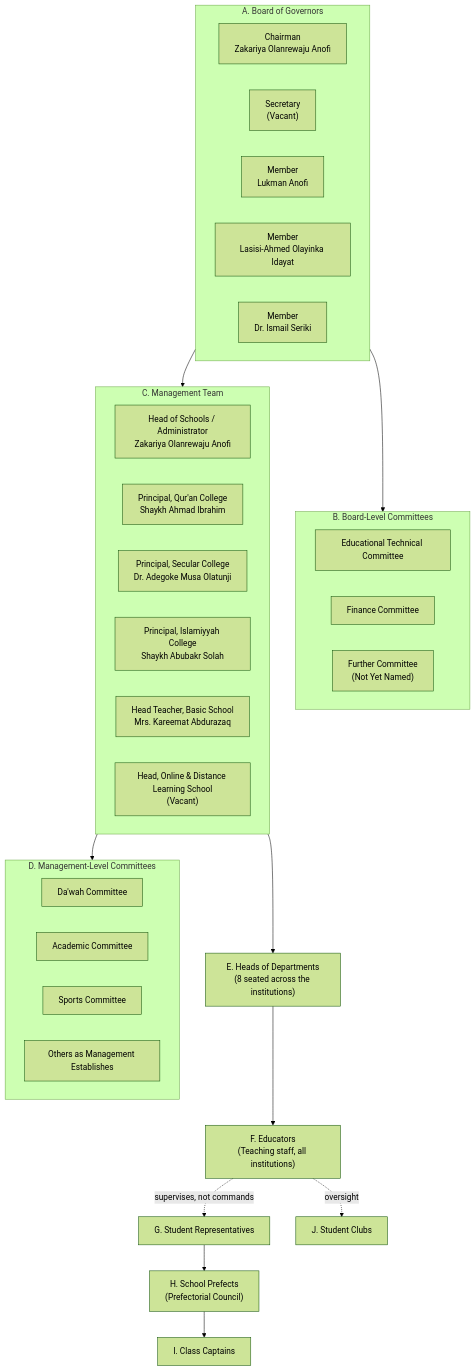
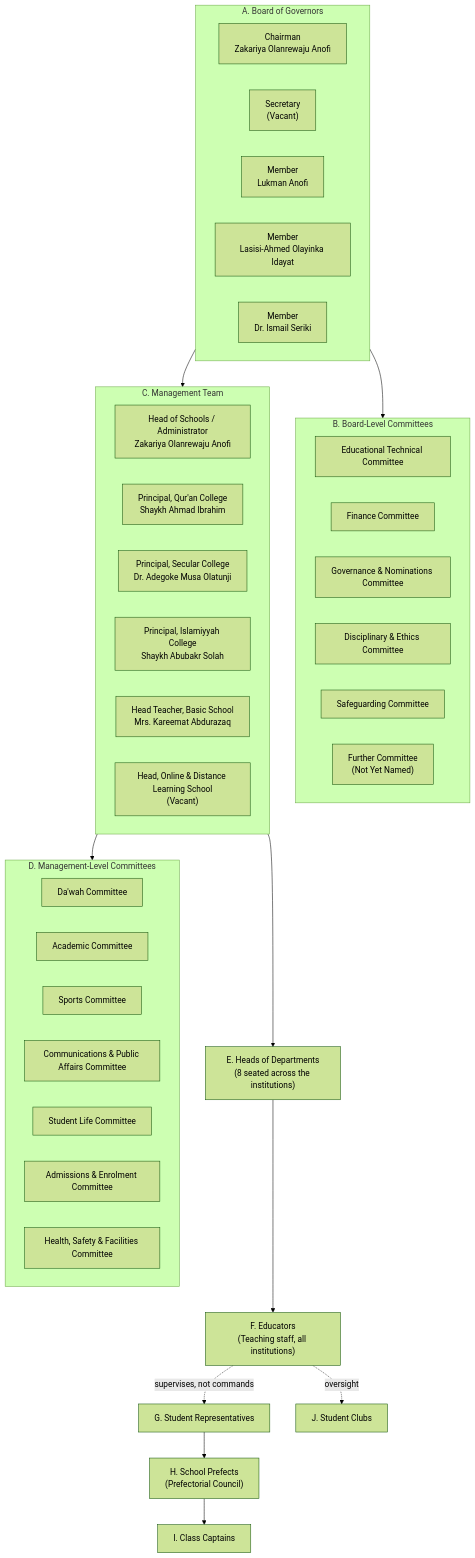
The first of 4 diagrams in docs/organisational-structure-manual.md (ahmadsulaimiy1/Sultan-), drawn with Mermaid (forest theme) before and after one commit. The commit also changed other lines of this file, not shown here.

````diff
--- a/docs/organisational-structure-manual.md
+++ b/docs/organisational-structure-manual.md
@@ -64,49 +64,55 @@
 ```mermaid
 flowchart TD
   subgraph A["A. Board of Governors"]
     A_Chair["Chairman<br/>Zakariya Olanrewaju Anofi"]
     A_Sec["Secretary<br/>(Vacant)"]
     A_M1["Member<br/>Lukman Anofi"]
     A_M2["Member<br/>Lasisi-Ahmed Olayinka Idayat"]
     A_M3["Member<br/>Dr. Ismail Seriki"]
   end
 
   subgraph B["B. Board-Level Committees"]
     B_ETC["Educational Technical Committee"]
     B_FC["Finance Committee"]
+    B_GN["Governance & Nominations Committee"]
+    B_DE["Disciplinary & Ethics Committee"]
+    B_SG["Safeguarding Committee"]
     B_TBD["Further Committee<br/>(Not Yet Named)"]
   end
 
   subgraph C["C. Management Team"]
     C_HoS["Head of Schools / Administrator<br/>Zakariya Olanrewaju Anofi"]
     C_P1["Principal, Qur'an College<br/>Shaykh Ahmad Ibrahim"]
     C_P2["Principal, Secular College<br/>Dr. Adegoke Musa Olatunji"]
     C_P3["Principal, Islamiyyah College<br/>Shaykh Abubakr Solah"]
     C_HT["Head Teacher, Basic School<br/>Mrs. Kareemat Abdurazaq"]
     C_P5["Head, Online &amp; Distance Learning School<br/>(Vacant)"]
   end
 
   subgraph D["D. Management-Level Committees"]
     D_DW["Da'wah Committee"]
     D_AC["Academic Committee"]
     D_SP["Sports Committee"]
-    D_Other["Others as Management Establishes"]
+    D_CPA["Communications & Public Affairs Committee"]
+    D_SL["Student Life Committee"]
+    D_AE["Admissions & Enrolment Committee"]
+    D_HSF["Health, Safety & Facilities Committee"]
   end
 
   E["E. Heads of Departments<br/>(8 seated across the institutions)"]
   F["F. Educators<br/>(Teaching staff, all institutions)"]
   G["G. Student Representatives"]
   H["H. School Prefects<br/>(Prefectorial Council)"]
   I["I. Class Captains"]
   J["J. Student Clubs"]
 
   A --> B
   A --> C
   C --> D
   C --> E
   E --> F
   F -.supervises, not commands.-> G
   G --> H
   H --> I
   F -.oversight.-> J
 ```
````
